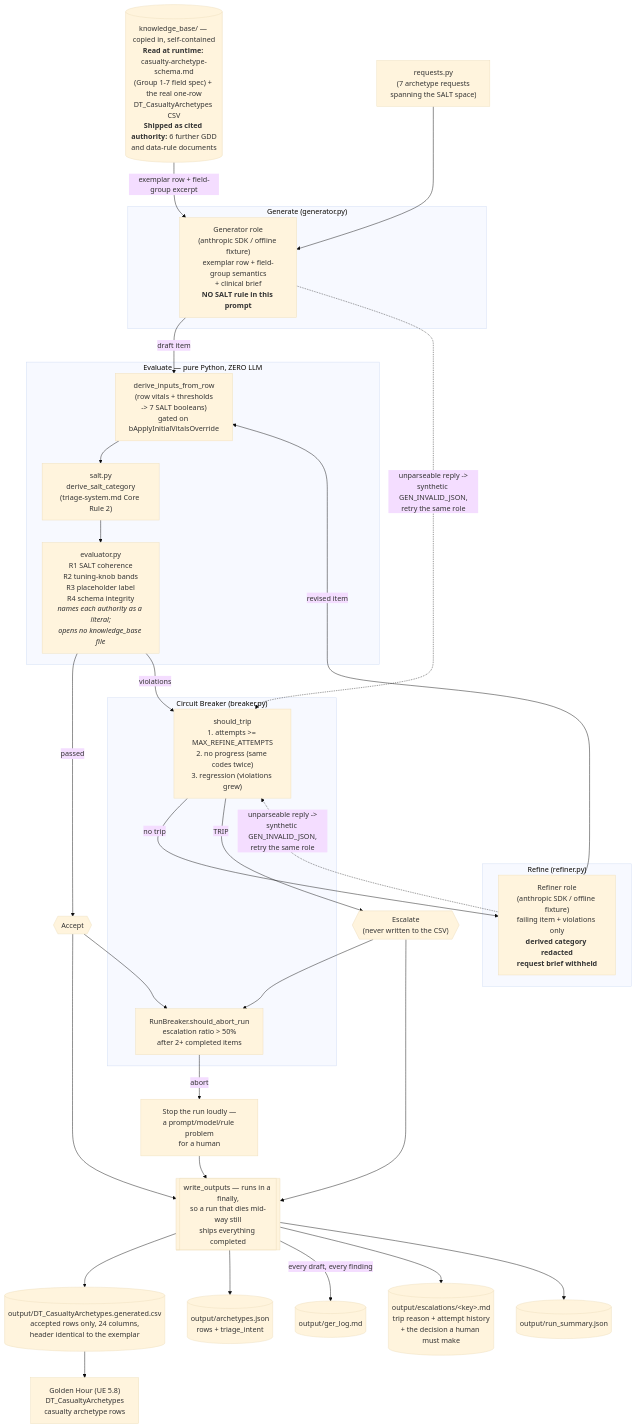
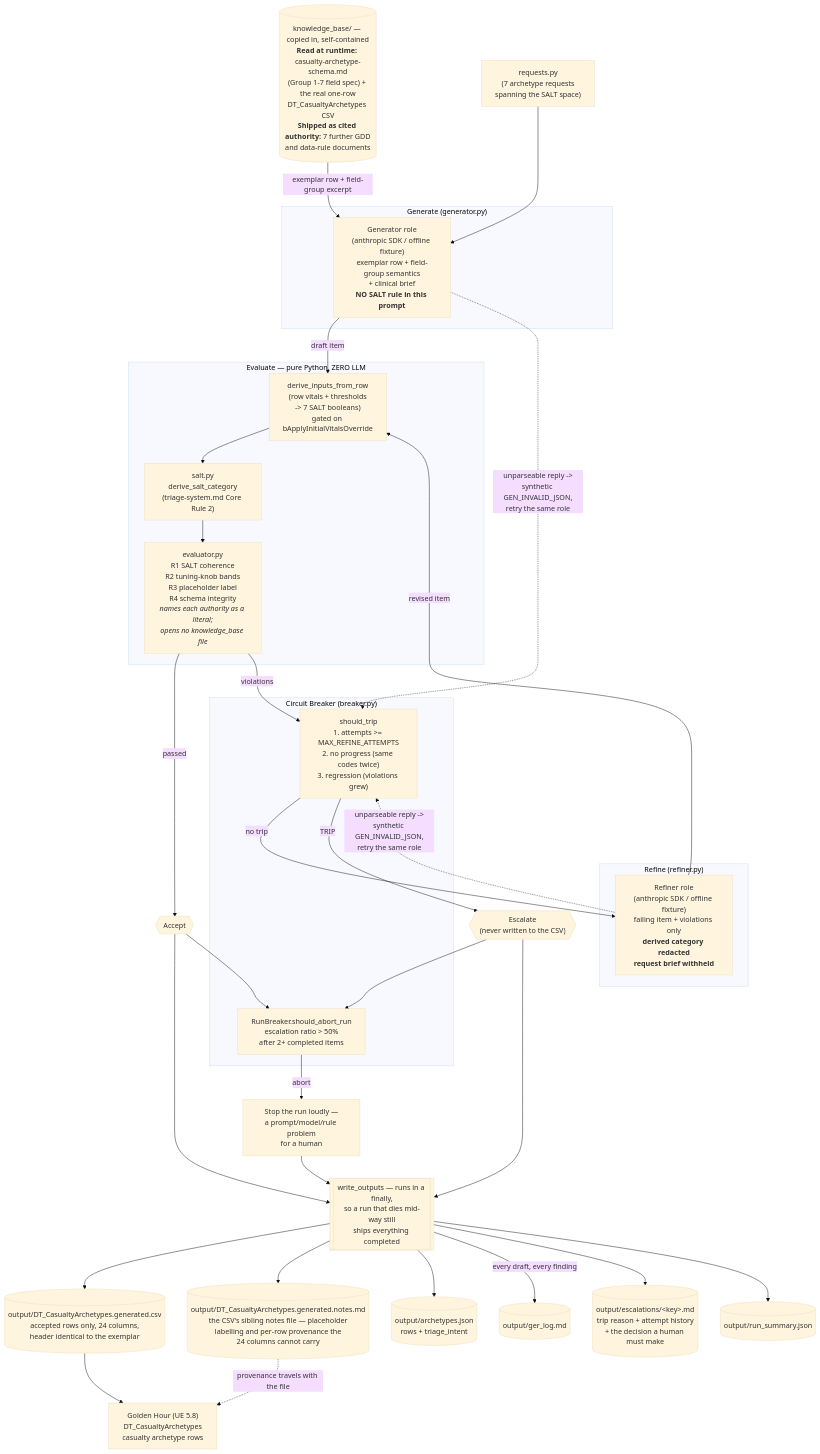
The diagram in architecture.mmd (cjosewski/golden-hour-ger-pipeline), drawn with Mermaid (base theme) before and after one commit. The commit also changed 12 other files, not shown here.

```diff
--- a/architecture.mmd
+++ b/architecture.mmd
@@ -1,53 +1,55 @@
 flowchart TD
-    KB[("knowledge_base/ — copied in, self-contained<br/><b>Read at runtime:</b> casualty-archetype-schema.md<br/>(Group 1-7 field spec) + the real one-row<br/>DT_CasualtyArchetypes CSV<br/><b>Shipped as cited authority:</b> 6 further GDD<br/>and data-rule documents")]
+    KB[("knowledge_base/ — copied in, self-contained<br/><b>Read at runtime:</b> casualty-archetype-schema.md<br/>(Group 1-7 field spec) + the real one-row<br/>DT_CasualtyArchetypes CSV<br/><b>Shipped as cited authority:</b> 7 further GDD<br/>and data-rule documents")]
     REQ["requests.py<br/>(7 archetype requests<br/>spanning the SALT space)"]
 
     subgraph GEN["Generate (generator.py)"]
         G["Generator role<br/>(anthropic SDK / offline fixture)<br/>exemplar row + field-group semantics<br/>+ clinical brief<br/><b>NO SALT rule in this prompt</b>"]
     end
 
     subgraph EVAL["Evaluate — pure Python, ZERO LLM"]
         DERIVE["derive_inputs_from_row<br/>(row vitals + thresholds<br/>-> 7 SALT booleans)<br/>gated on bApplyInitialVitalsOverride"]
         SALT["salt.py<br/>derive_salt_category<br/>(triage-system.md Core Rule 2)"]
         RULES["evaluator.py<br/>R1 SALT coherence<br/>R2 tuning-knob bands<br/>R3 placeholder label<br/>R4 schema integrity<br/><i>names each authority as a literal;<br/>opens no knowledge_base file</i>"]
         DERIVE --> SALT
         SALT --> RULES
     end
 
     subgraph REF["Refine (refiner.py)"]
         R["Refiner role<br/>(anthropic SDK / offline fixture)<br/>failing item + violations only<br/><b>derived category redacted</b><br/><b>request brief withheld</b>"]
     end
 
     subgraph CB["Circuit Breaker (breaker.py)"]
         ITEM["should_trip<br/>1. attempts >= MAX_REFINE_ATTEMPTS<br/>2. no progress (same codes twice)<br/>3. regression (violations grew)"]
         RUN["RunBreaker.should_abort_run<br/>escalation ratio > 50%<br/>after 2+ completed items"]
     end
 
     KB -->|"exemplar row + field-group excerpt"| G
     REQ --> G
     G -->|"draft item"| DERIVE
     G -.->|"unparseable reply -><br/>synthetic GEN_INVALID_JSON,<br/>retry the same role"| ITEM
     R -.->|"unparseable reply -><br/>synthetic GEN_INVALID_JSON,<br/>retry the same role"| ITEM
 
     RULES -->|"passed"| ACCEPT{{"Accept"}}
     RULES -->|"violations"| ITEM
     ITEM -->|"no trip"| R
     R -->|"revised item"| DERIVE
     ITEM -->|"TRIP"| ESC{{"Escalate<br/>(never written to the CSV)"}}
 
     ACCEPT --> RUN
     ESC --> RUN
     RUN -->|"abort"| STOP["Stop the run loudly —<br/>a prompt/model/rule problem<br/>for a human"]
 
     ACCEPT --> WRITE
     ESC --> WRITE
     STOP --> WRITE
     WRITE[["write_outputs — runs in a finally,<br/>so a run that dies mid-way still<br/>ships everything completed"]]
 
     WRITE --> CSV[("output/DT_CasualtyArchetypes.generated.csv<br/>accepted rows only, 24 columns,<br/>header identical to the exemplar")]
+    WRITE --> NOTES[("output/DT_CasualtyArchetypes.generated.notes.md<br/>the CSV's sibling notes file — placeholder<br/>labelling and per-row provenance the<br/>24 columns cannot carry")]
     WRITE --> JSON[("output/archetypes.json<br/>rows + triage_intent")]
     WRITE -->|"every draft, every finding"| LOG[("output/ger_log.md")]
     WRITE --> ESCFILE[("output/escalations/&lt;key&gt;.md<br/>trip reason + attempt history<br/>+ the decision a human must make")]
     WRITE --> SUMMARY[("output/run_summary.json")]
 
     CSV --> GAME["Golden Hour (UE 5.8)<br/>DT_CasualtyArchetypes<br/>casualty archetype rows"]
+    NOTES -.->|"provenance travels with the file"| GAME
```
